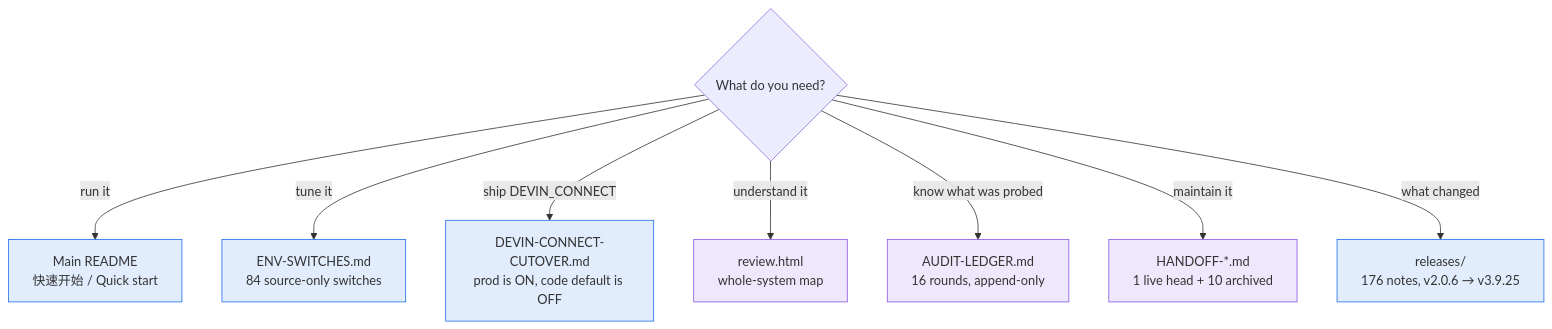
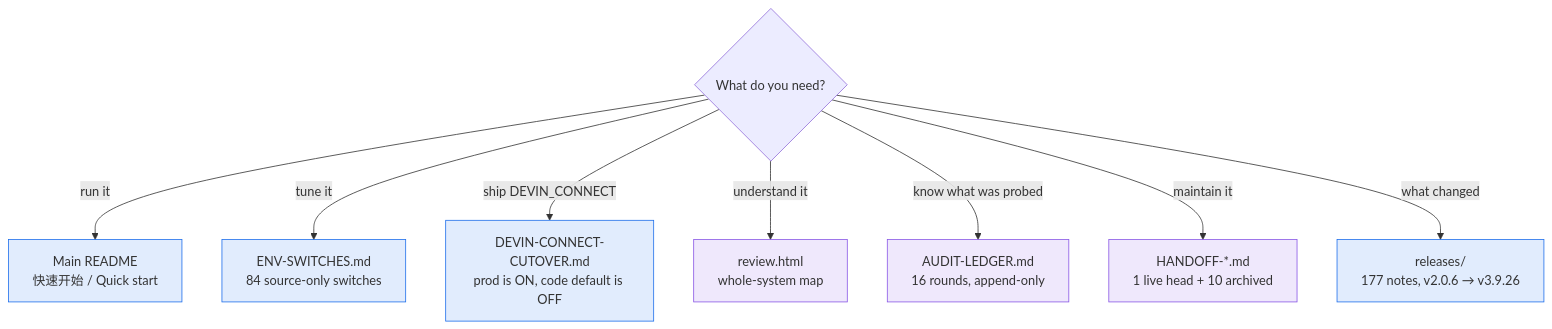
Before and after one commit to CORCTON/WindsurfAPI: the diagram in docs/README.md, drawn with Mermaid. The commit also changed other lines of this file and 5 other files, not shown here.

````diff
--- a/docs/README.md
+++ b/docs/README.md
@@ -15,16 +15,16 @@
 ```mermaid
 flowchart TD
     Q{"What do you need?"}
     Q -->|"run it"| RUN["Main README<br/>快速开始 / Quick start"]
     Q -->|"tune it"| OPS["ENV-SWITCHES.md<br/>84 source-only switches"]
     Q -->|"ship DEVIN_CONNECT"| CUT["DEVIN-CONNECT-CUTOVER.md<br/>prod is ON, code default is OFF"]
     Q -->|"understand it"| ARCH["review.html<br/>whole-system map"]
     Q -->|"know what was probed"| LED["AUDIT-LEDGER.md<br/>16 rounds, append-only"]
     Q -->|"maintain it"| HO["HANDOFF-*.md<br/>1 live head + 10 archived"]
-    Q -->|"what changed"| REL["releases/<br/>176 notes, v2.0.6 → v3.9.25"]
+    Q -->|"what changed"| REL["releases/<br/>177 notes, v2.0.6 → v3.9.26"]
 
     classDef user fill:#1f6feb22,stroke:#1f6feb
     classDef maint fill:#8957e522,stroke:#8957e5
     class RUN,OPS,CUT,REL user
     class ARCH,LED,HO maint
 ```
````
